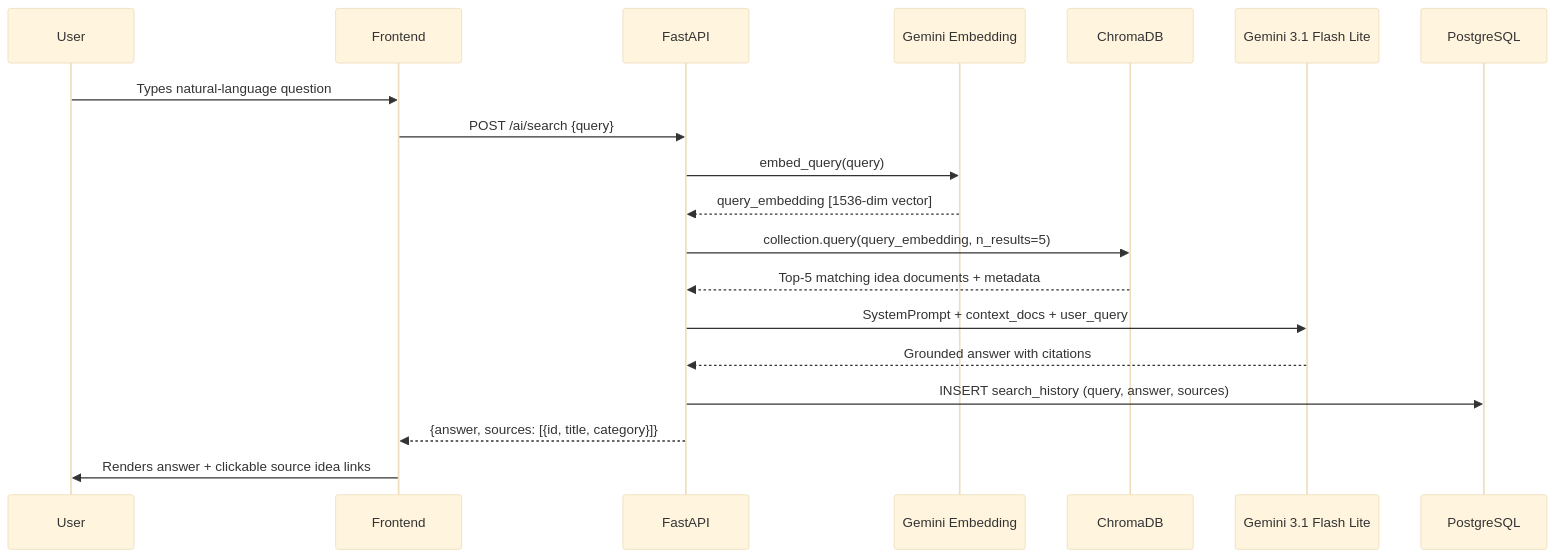
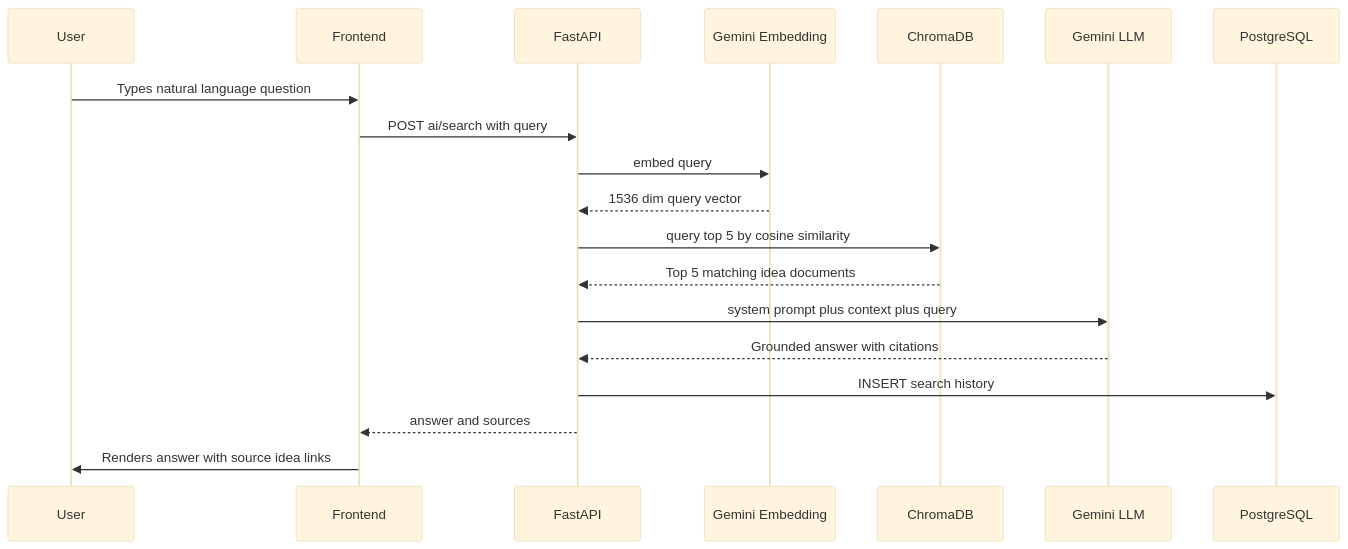
Before and after one commit to ramakrishnabalijepally-del/IdeaForge: the sixth of 10 diagrams in docs/Architecture.md, drawn with Mermaid (base theme). The commit also changed other lines of this file, not shown here.

First line of the commit message:
Fix all Mermaid diagrams in Architecture.md for GitHub compatibility

````diff
--- a/docs/Architecture.md
+++ b/docs/Architecture.md
@@ -225,22 +225,22 @@
 ```mermaid
 sequenceDiagram
     participant U as User
     participant FE as Frontend
     participant BE as FastAPI
     participant EMB as Gemini Embedding
     participant VEC as ChromaDB
-    participant LLM as Gemini 3.1 Flash Lite
+    participant LLM as Gemini LLM
     participant DB as PostgreSQL
 
-    U->>FE: Types natural-language question
-    FE->>BE: POST /ai/search {query}
-    BE->>EMB: embed_query(query)
-    EMB-->>BE: query_embedding [1536-dim vector]
-    BE->>VEC: collection.query(query_embedding, n_results=5)
-    VEC-->>BE: Top-5 matching idea documents + metadata
-    BE->>LLM: SystemPrompt + context_docs + user_query
+    U->>FE: Types natural language question
+    FE->>BE: POST ai/search with query
+    BE->>EMB: embed query
+    EMB-->>BE: 1536 dim query vector
+    BE->>VEC: query top 5 by cosine similarity
+    VEC-->>BE: Top 5 matching idea documents
+    BE->>LLM: system prompt plus context plus query
     LLM-->>BE: Grounded answer with citations
-    BE->>DB: INSERT search_history (query, answer, sources)
-    BE-->>FE: {answer, sources: [{id, title, category}]}
-    FE->>U: Renders answer + clickable source idea links
+    BE->>DB: INSERT search history
+    BE-->>FE: answer and sources
+    FE->>U: Renders answer with source idea links
 ```
````
